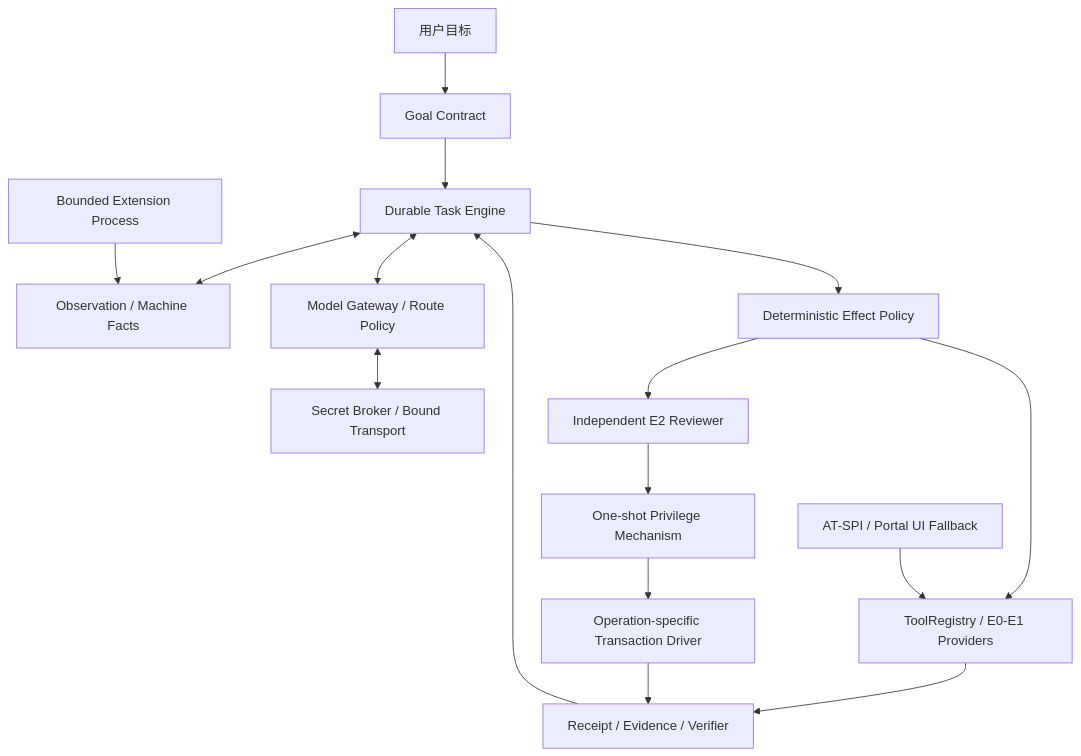
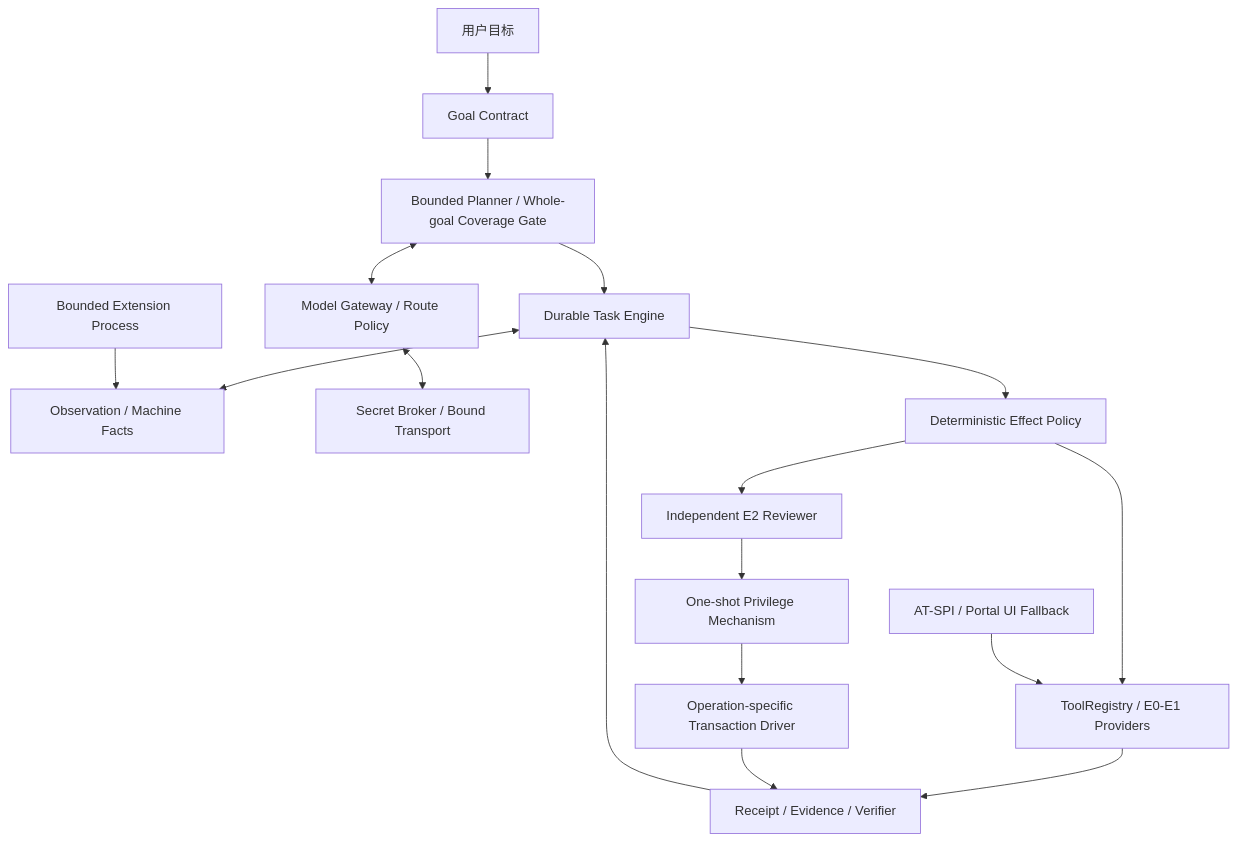
Before and after one commit to Rand0MGG/vibeos: the diagram in docs/goals/agent_native/README.md, drawn with Mermaid. The commit also changed other lines of this file and 14 other files, not shown here.

Commit message:
docs: add bounded compound planning goal

````diff
--- a/docs/goals/agent_native/README.md
+++ b/docs/goals/agent_native/README.md
@@ -110,18 +112,19 @@
 ```mermaid
 flowchart TD
     U["用户目标"] --> C["Goal Contract"]
-    C --> K["Durable Task Engine"]
+    C --> W["Bounded Planner / Whole-goal Coverage Gate"]
+    W --> K["Durable Task Engine"]
+    W <--> G["Model Gateway / Route Policy"]
     K <--> O["Observation / Machine Facts"]
-    K <--> G["Model Gateway / Route Policy"]
     G <--> S["Secret Broker / Bound Transport"]
     K --> F["Deterministic Effect Policy"]
     F --> T["ToolRegistry / E0-E1 Providers"]
     F --> R["Independent E2 Reviewer"]
     R --> P["One-shot Privilege Mechanism"]
     P --> X["Operation-specific Transaction Driver"]
     T --> E["Receipt / Evidence / Verifier"]
     X --> E
     E --> K
     D["AT-SPI / Portal UI Fallback"] --> T
     Q["Bounded Extension Process"] --> O
 ```
````
